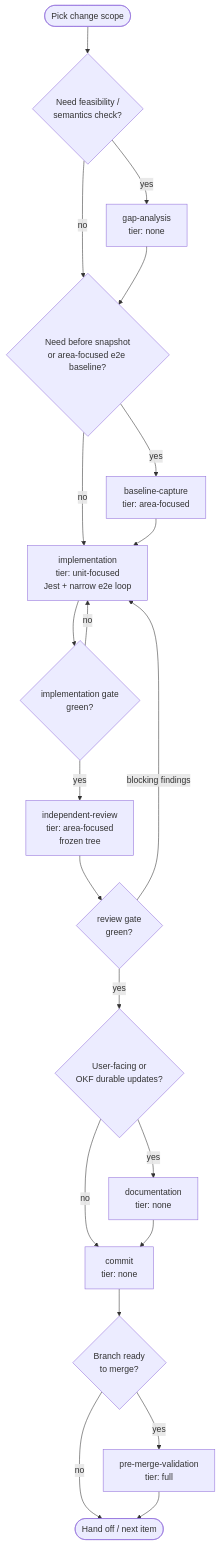
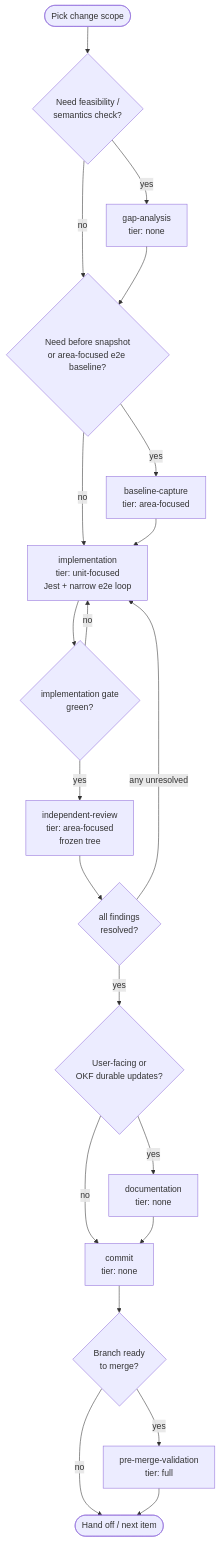
The first of 3 diagrams in okf-bundle/testing/change-authoring-workflow.md (invertase/react-native-firebase), drawn with Mermaid before and after one commit. The commit also changed other lines of this file and 10 other files, not shown here.

````diff
--- a/okf-bundle/testing/change-authoring-workflow.md
+++ b/okf-bundle/testing/change-authoring-workflow.md
@@ -17,32 +17,32 @@
 ```mermaid
 flowchart TD
   START([Pick change scope]) --> GA{Need feasibility /<br/>semantics check?}
   GA -->|yes| GAP["gap-analysis<br/>tier: none"]
   GA -->|no| BC{Need before snapshot<br/>or area-focused e2e baseline?}
   GAP --> BC
 
   BC -->|yes| BASE["baseline-capture<br/>tier: area-focused"]
   BC -->|no| IMPL
   BASE --> IMPL
 
   IMPL["implementation<br/>tier: unit-focused<br/>Jest + narrow e2e loop"]
   IMPL --> IG{implementation gate<br/>green?}
   IG -->|no| IMPL
   IG -->|yes| REV
 
   REV["independent-review<br/>tier: area-focused<br/>frozen tree"]
-  REV --> RG{review gate<br/>green?}
-  RG -->|blocking findings| IMPL
+  REV --> RG{all findings<br/>resolved?}
+  RG -->|any unresolved| IMPL
   RG -->|yes| DOC
 
   DOC{User-facing or<br/>OKF durable updates?}
   DOC -->|yes| DOCS["documentation<br/>tier: none"]
   DOC -->|no| COMMIT
   DOCS --> COMMIT
 
   COMMIT["commit<br/>tier: none"]
   COMMIT --> PM{Branch ready<br/>to merge?}
   PM -->|yes| FULL["pre-merge-validation<br/>tier: full"]
   PM -->|no| END([Hand off / next item])
   FULL --> END
 ```
````
